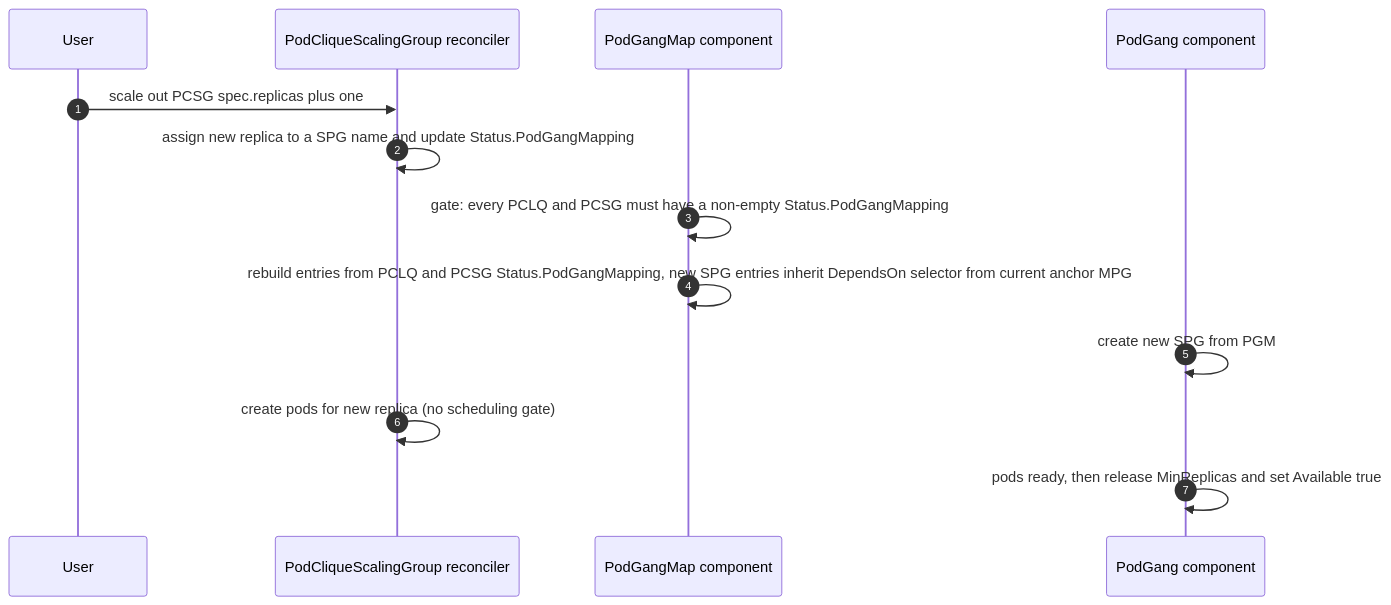
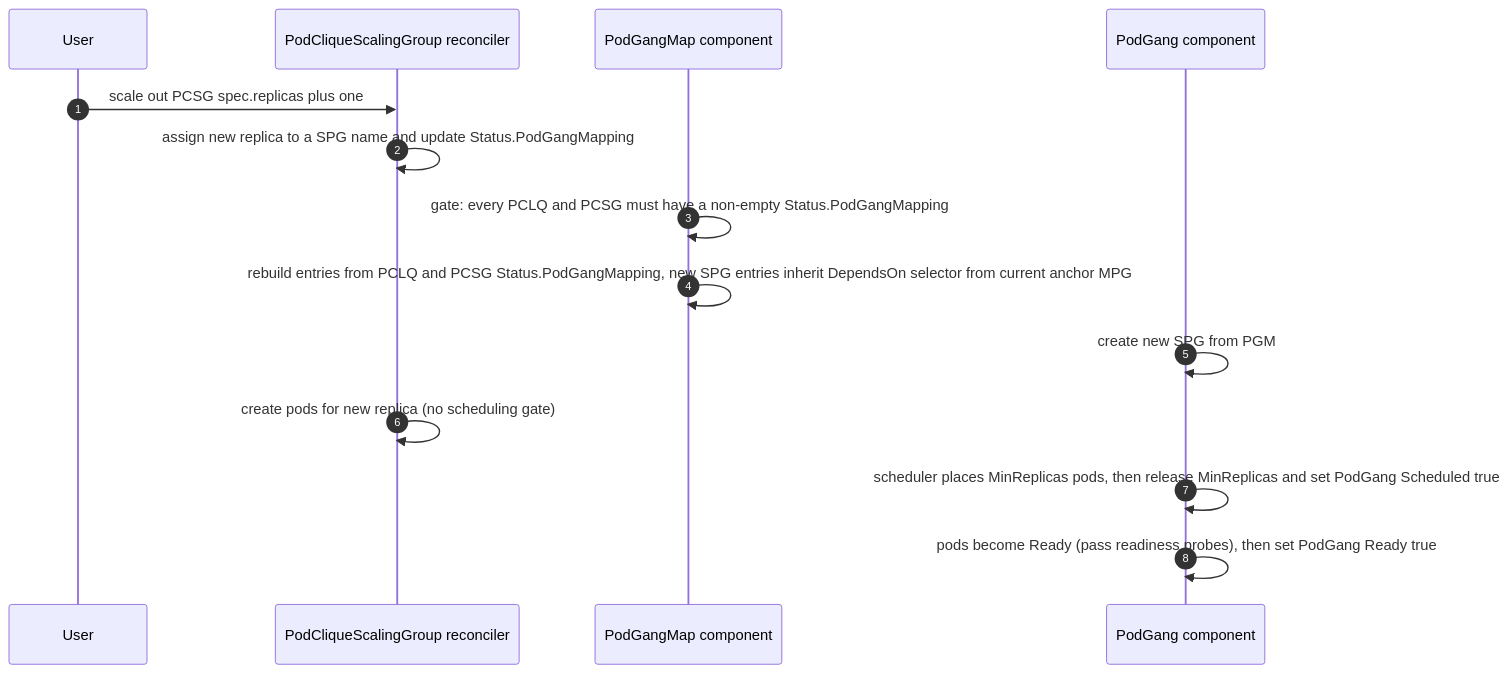
Before and after one commit to ai-dynamo/grove: the third of 5 diagrams in docs/proposals/393-coherent-rolling-updates/README.md, drawn with Mermaid. The commit also changed other lines of this file, not shown here.

````diff
--- a/docs/proposals/393-coherent-rolling-updates/README.md
+++ b/docs/proposals/393-coherent-rolling-updates/README.md
@@ -586,16 +583,17 @@
 ```mermaid
 sequenceDiagram
   autonumber
   participant User
   participant PCSG as PodCliqueScalingGroup reconciler
   participant PGM as PodGangMap component
   participant PG as PodGang component
 
   User->>PCSG: scale out PCSG spec.replicas plus one
   PCSG->>PCSG: assign new replica to a SPG name and update Status.PodGangMapping
   PGM->>PGM: gate: every PCLQ and PCSG must have a non-empty Status.PodGangMapping
   PGM->>PGM: rebuild entries from PCLQ and PCSG Status.PodGangMapping, new SPG entries inherit DependsOn selector from current anchor MPG
   PG->>PG: create new SPG from PGM
   PCSG->>PCSG: create pods for new replica (no scheduling gate)
-  PG->>PG: pods ready, then release MinReplicas and set Available true
+  PG->>PG: scheduler places MinReplicas pods, then release MinReplicas and set PodGang Scheduled true
+  PG->>PG: pods become Ready (pass readiness probes), then set PodGang Ready true
 ```
````
